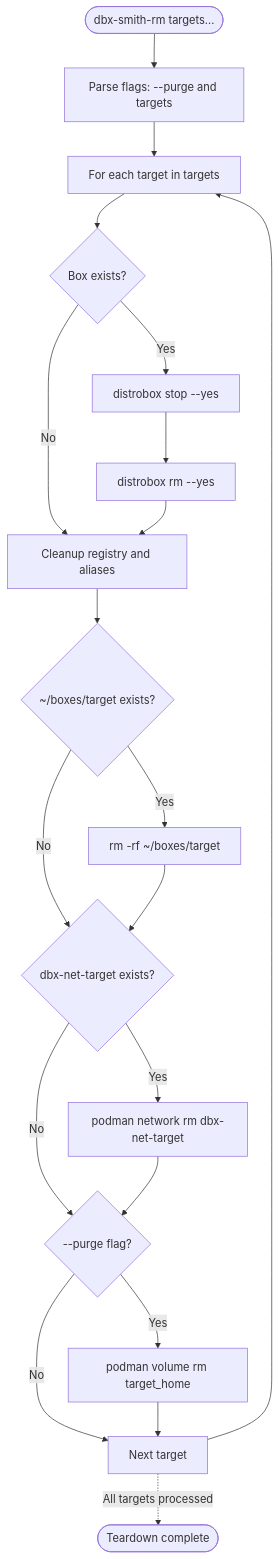
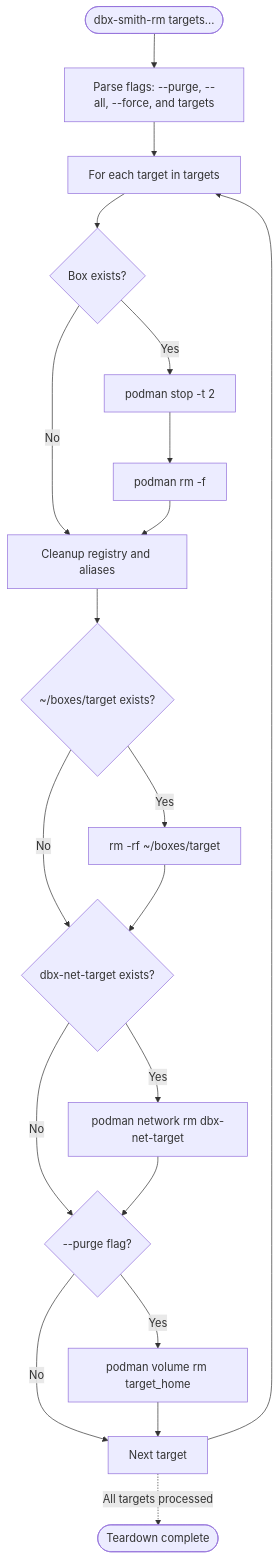
The fourth of 4 diagrams in docs/docs/engineering/internals.md (arijit1begins/dbx-smith), drawn with Mermaid before and after one commit. The commit also changed other lines of this file and 24 other files, not shown here.

````diff
--- a/docs/docs/engineering/internals.md
+++ b/docs/docs/engineering/internals.md
@@ -123,23 +161,23 @@
 ```mermaid
 %%{init: {"themeVariables": {"fontSize": "16px"}}}%%
 graph TD
-    Start([dbx-smith-rm targets...]) --> Parse[Parse flags: --purge and targets]
+    Start([dbx-smith-rm targets...]) --> Parse["Parse flags: --purge, --all, --force, and targets"]
     Parse --> Loop[For each target in targets]
     Loop --> Exist{Box exists?}
-    Exist --> |Yes| Stop[distrobox stop --yes]
+    Exist --> |Yes| Stop[podman stop -t 2]
     Exist --> |No| CleanupFS[Cleanup registry and aliases]
-    Stop --> Remove[distrobox rm --yes]
+    Stop --> Remove[podman rm -f]
     Remove --> CleanupFS
-    CleanupFS --> Home{~/boxes/target exists?}
-    Home --> |Yes| DelHome[rm -rf ~/boxes/target]
-    Home --> |No| Net{dbx-net-target exists?}
+    CleanupFS --> Home{"~/boxes/target exists?"}
+    Home --> |Yes| DelHome["rm -rf ~/boxes/target"]
+    Home --> |No| Net{"dbx-net-target exists?"}
     DelHome --> Net
-    Net --> |Yes| DelNet[podman network rm dbx-net-target]
-    Net --> |No| Purge{--purge flag?}
+    Net --> |Yes| DelNet["podman network rm dbx-net-target"]
+    Net --> |No| Purge{"--purge flag?"}
     DelNet --> Purge
     Purge --> |Yes| DelVol[podman volume rm target_home]
     Purge --> |No| NextTarget[Next target]
     DelVol --> NextTarget
     NextTarget --> Loop
     NextTarget -.-> |All targets processed| End([Teardown complete])
 ```
````
